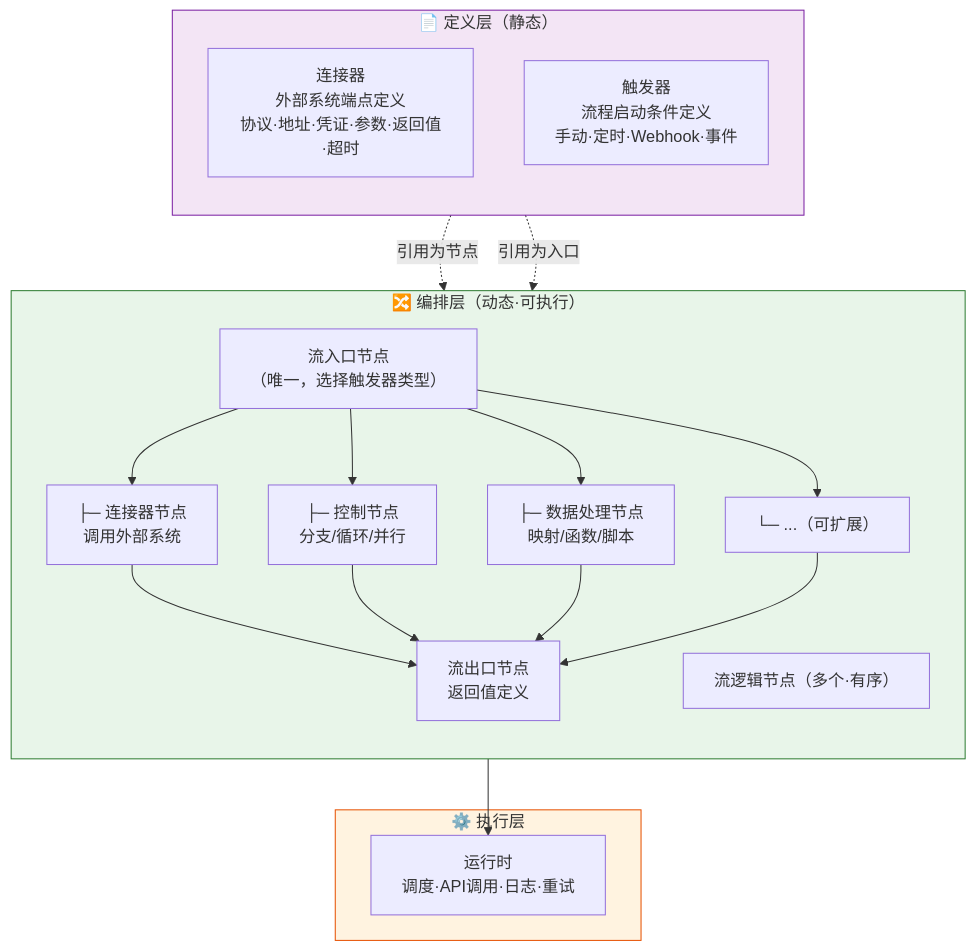
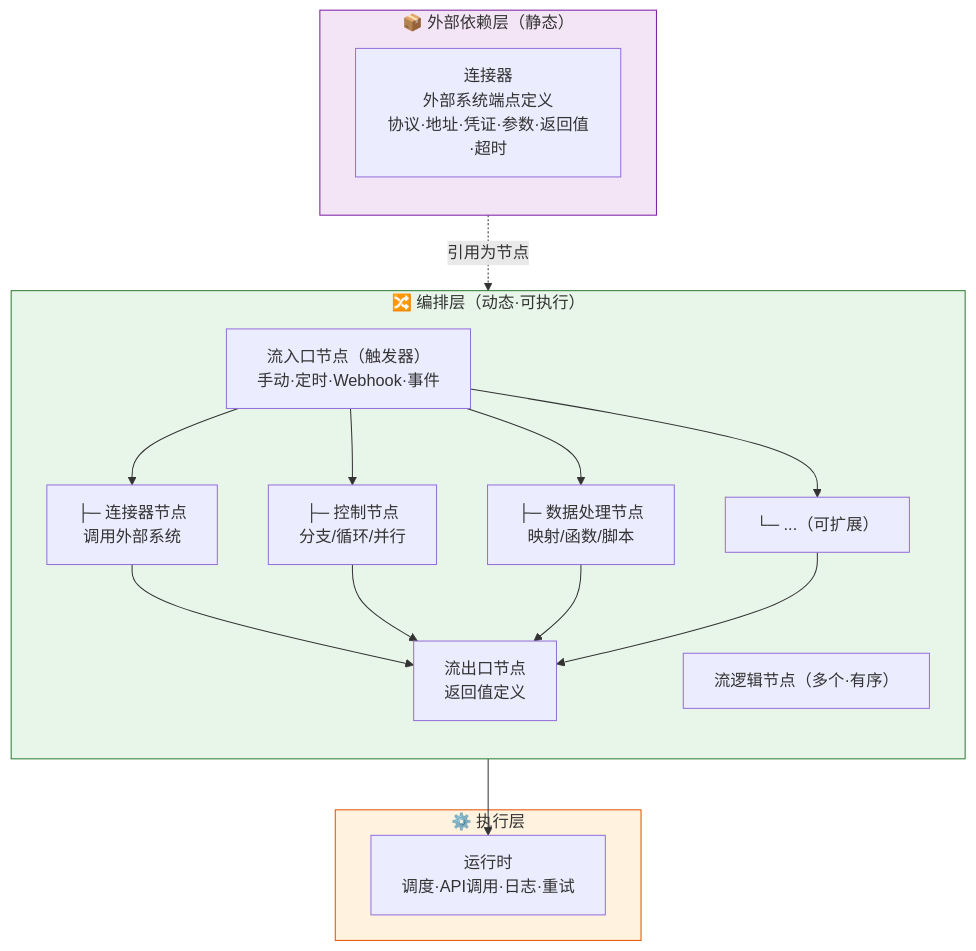
Before and after one commit to THZSummer/open-app: the fifth of 14 diagrams in .sddu/specs-tree-root/specs-tree-connector-platform/discovery-report.md, drawn with Mermaid. The commit also changed other lines of this file, not shown here.

Commit message:
refactor: 核心概念v3.1补充——定义层→外部依赖层，触发器移入编排层与出口对称

````diff
--- a/.sddu/specs-tree-root/specs-tree-connector-platform/discovery-report.md
+++ b/.sddu/specs-tree-root/specs-tree-connector-platform/discovery-report.md
@@ -233,32 +233,30 @@
 ```mermaid
 graph TB
-    subgraph Def["📄 定义层（静态）"]
+    subgraph Dep["📦 外部依赖层（静态）"]
         direction TB
         C["连接器<br/>外部系统端点定义<br/>协议·地址·凭证·参数·返回值·超时"]
-        T["触发器<br/>流程启动条件定义<br/>手动·定时·Webhook·事件"]
     end
 
     subgraph Flow["🔀 编排层（动态·可执行）"]
         direction TB
-        EN["流入口节点<br/>（唯一，选择触发器类型）"]
+        EN["流入口节点（触发器）<br/>手动·定时·Webhook·事件"]
         LN["流逻辑节点（多个·有序）"]
         LN1["├─ 连接器节点<br/>调用外部系统"]
         LN2["├─ 控制节点<br/>分支/循环/并行"]
         LN3["├─ 数据处理节点<br/>映射/函数/脚本"]
         LNM["└─ ...（可扩展）"]
         EX["流出口节点<br/>返回值定义"]
         EN --> LN1 & LN2 & LN3 & LNM --> EX
     end
 
     subgraph RT["⚙️ 执行层"]
         R["运行时<br/>调度·API调用·日志·重试"]
     end
 
     Flow --> R
     C -.->|引用为节点| LN1
-    T -.->|引用为入口| EN
 
-    style Def fill:#f3e5f5,stroke:#7b1fa2
+    style Dep fill:#f3e5f5,stroke:#7b1fa2
     style Flow fill:#e8f5e9,stroke:#2e7d32
     style RT fill:#fff3e0,stroke:#e65100
 ```
````
